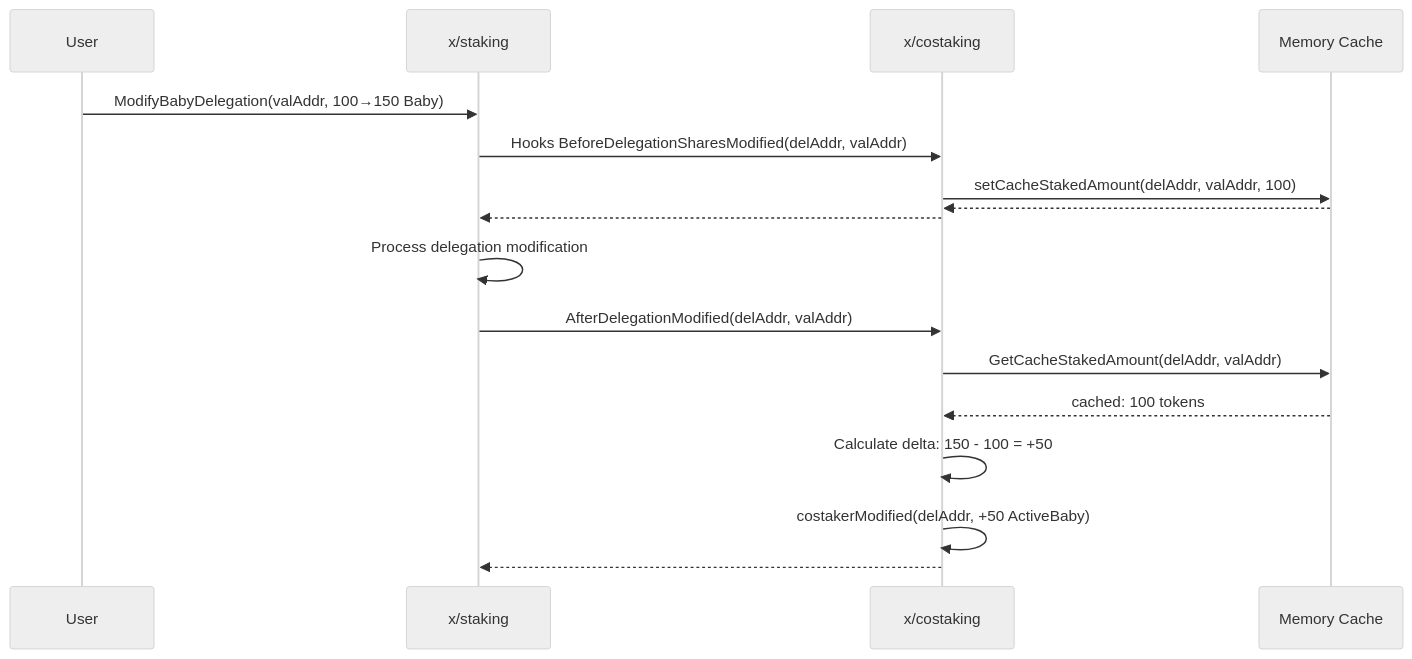
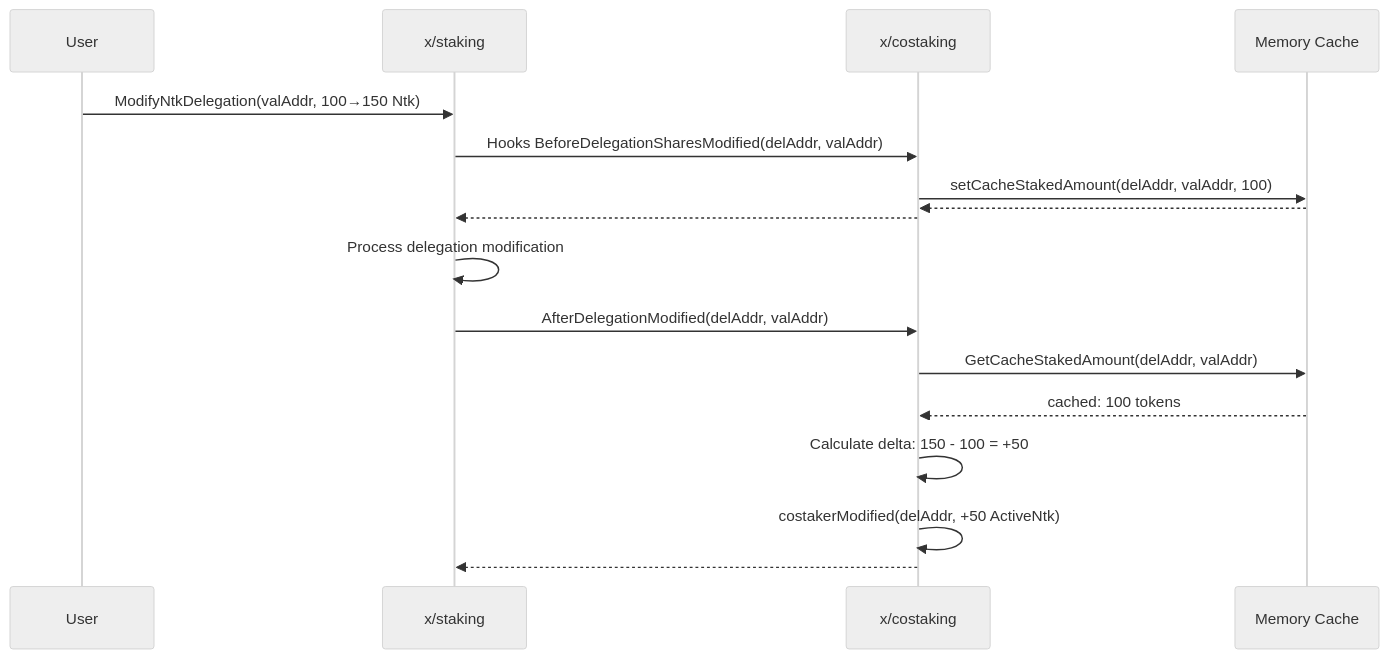
The third of 4 diagrams in anon/x/costaking/README.md (asyncbunny/ccs-2026), drawn with Mermaid (neutral theme) before and after one commit. The commit also changed other lines of this file and 133 other files, not shown here.

````diff
--- a/anon/x/costaking/README.md
+++ b/anon/x/costaking/README.md
@@ -140,24 +140,24 @@
 ```mermaid
 sequenceDiagram
     participant User
     participant Staking as x/staking
     participant CoStaking as x/costaking
     participant Cache as Memory Cache
 
-    User->>Staking: ModifyBabyDelegation(valAddr, 100→150 Baby)
+    User->>Staking: ModifyNtkDelegation(valAddr, 100→150 Ntk)
 
     Staking->>CoStaking: Hooks BeforeDelegationSharesModified(delAddr, valAddr)
     CoStaking->>Cache: setCacheStakedAmount(delAddr, valAddr, 100)
     Cache-->>CoStaking:
     CoStaking-->>Staking:
 
 
     Staking->>Staking: Process delegation modification
 
     Staking->>CoStaking: AfterDelegationModified(delAddr, valAddr)
     CoStaking->>Cache: GetCacheStakedAmount(delAddr, valAddr)
     Cache-->>CoStaking: cached: 100 tokens
     CoStaking->>CoStaking: Calculate delta: 150 - 100 = +50
-    CoStaking->>CoStaking: costakerModified(delAddr, +50 ActiveBaby)
+    CoStaking->>CoStaking: costakerModified(delAddr, +50 ActiveNtk)
     CoStaking-->>Staking:
 ```
````
